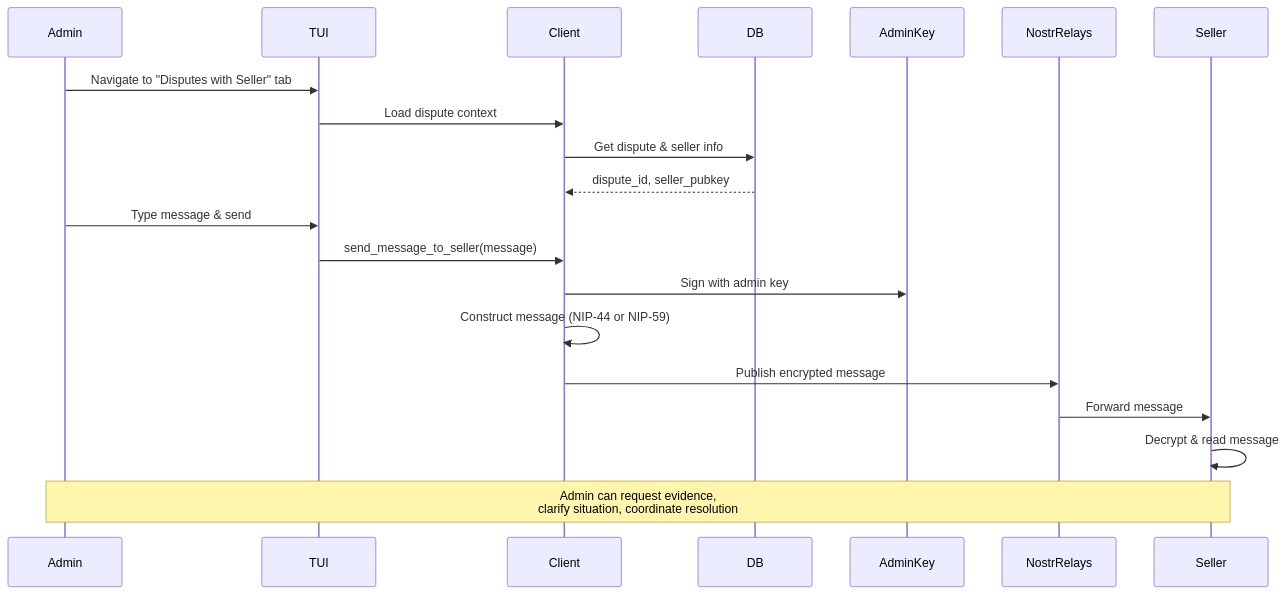
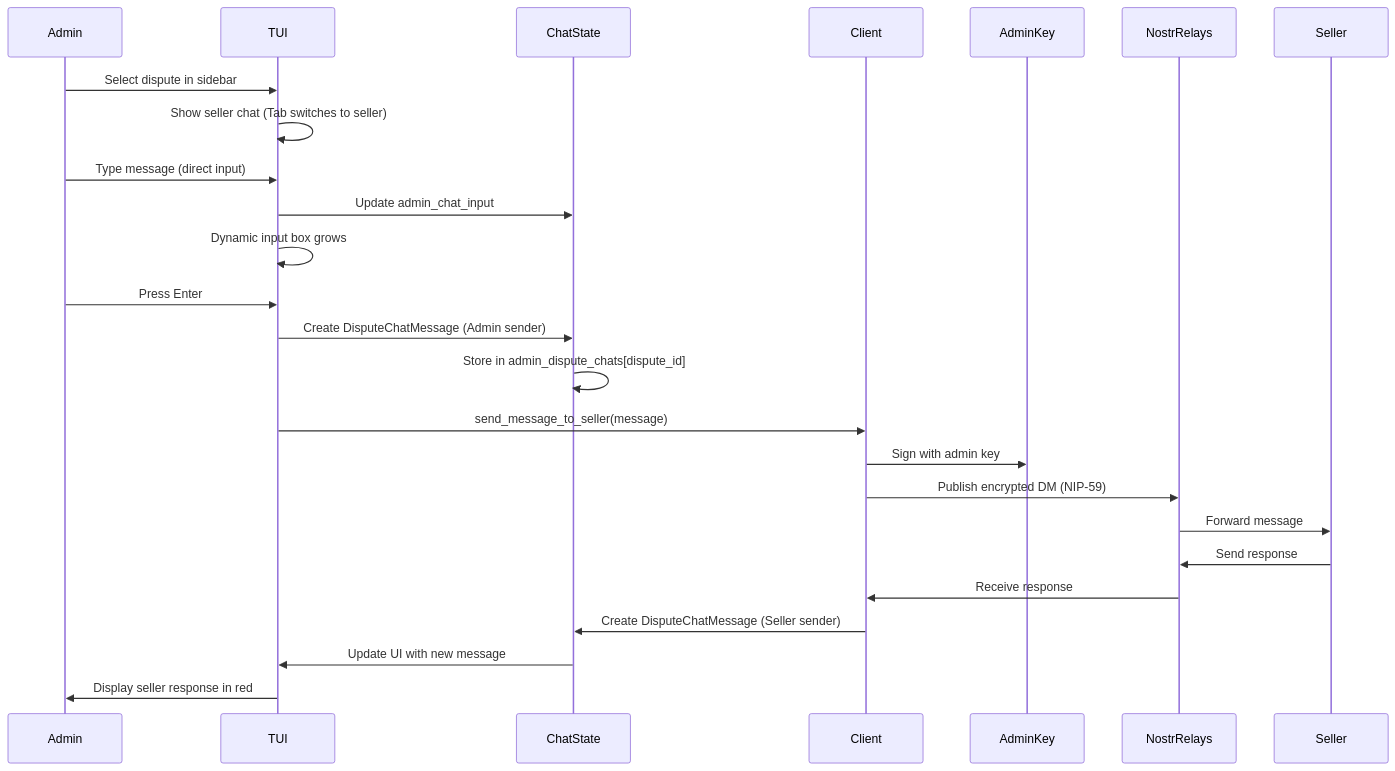
One commit to MostroP2P/mostrix changed the fifth of 5 diagrams in docs/ADMIN_DISPUTES.md. Above: the diagram before and after it, drawn with Mermaid. The commit also changed other lines of this file and 2 other files, not shown here.

````diff
--- a/docs/ADMIN_DISPUTES.md
+++ b/docs/ADMIN_DISPUTES.md
@@ -439,23 +532,28 @@
 ```mermaid
 sequenceDiagram
     participant Admin
     participant TUI
+    participant ChatState
     participant Client
-    participant DB
     participant AdminKey
     participant NostrRelays
     participant Seller
 
-    Admin->>TUI: Navigate to "Disputes with Seller" tab
-    TUI->>Client: Load dispute context
-    Client->>DB: Get dispute & seller info
-    DB-->>Client: dispute_id, seller_pubkey
-    Admin->>TUI: Type message & send
+    Admin->>TUI: Select dispute in sidebar
+    TUI->>TUI: Show seller chat (Tab switches to seller)
+    Admin->>TUI: Type message (direct input)
+    TUI->>ChatState: Update admin_chat_input
+    TUI->>TUI: Dynamic input box grows
+    Admin->>TUI: Press Enter
+    TUI->>ChatState: Create DisputeChatMessage (Admin sender)
+    ChatState->>ChatState: Store in admin_dispute_chats[dispute_id]
     TUI->>Client: send_message_to_seller(message)
     Client->>AdminKey: Sign with admin key
-    Client->>Client: Construct message (NIP-44 or NIP-59)
-    Client->>NostrRelays: Publish encrypted message
+    Client->>NostrRelays: Publish encrypted DM (NIP-59)
     NostrRelays->>Seller: Forward message
-    Seller->>Seller: Decrypt & read message
-    Note over Admin,Seller: Admin can request evidence,<br/>clarify situation, coordinate resolution
+    Seller->>NostrRelays: Send response
+    NostrRelays->>Client: Receive response
+    Client->>ChatState: Create DisputeChatMessage (Seller sender)
+    ChatState->>TUI: Update UI with new message
+    TUI->>Admin: Display seller response in red
 ```
````
